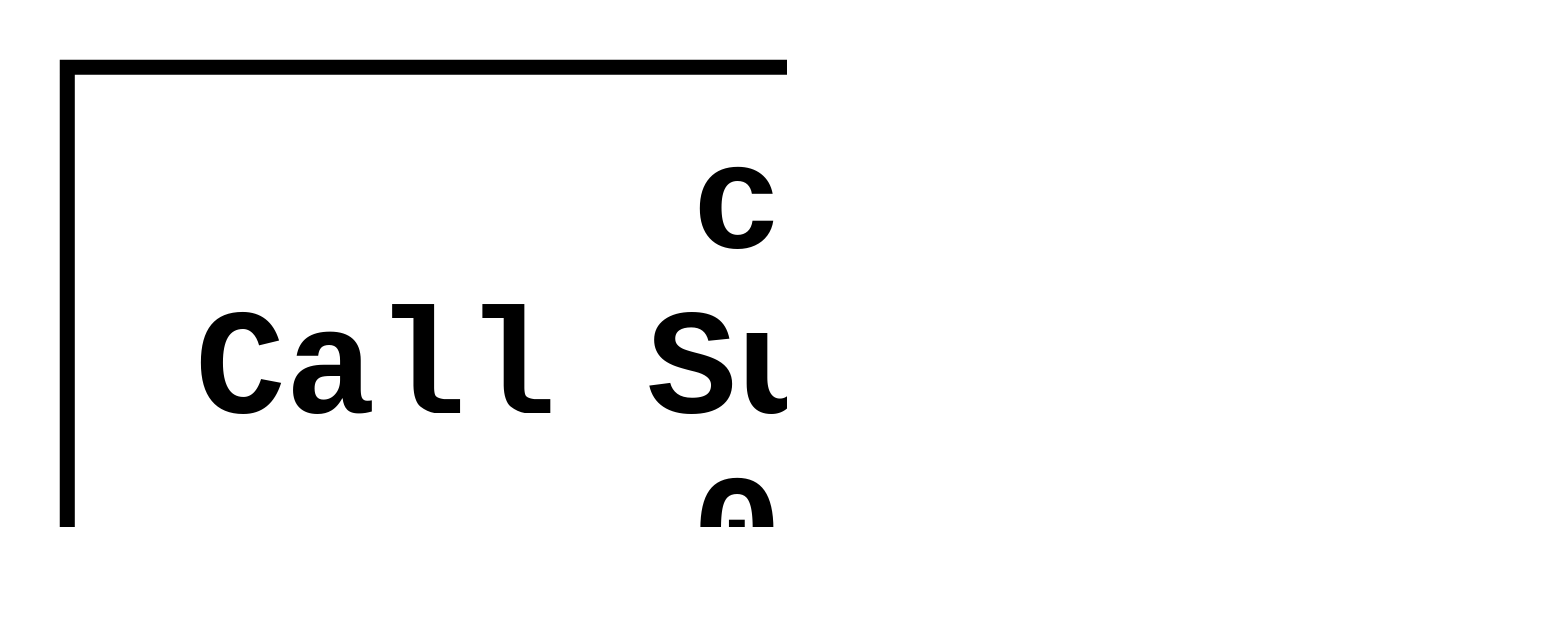
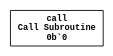
The diagram in assets/graphs/subr.dot (eignnx/SPRIND), drawn with Graphviz before and after one commit. The commit also changed 18 other files, not shown here.

```diff
--- a/assets/graphs/subr.dot
+++ b/assets/graphs/subr.dot
@@ -1,6 +1,6 @@
 digraph "Format subr" {
-  graph [dpi = 300, bgcolor="white"];
+  graph [bgcolor="white"];
   node [fontname = "Courier-Bold", fontsize="10pt"];
   edge [fontname = "Courier-Bold"];
   "call_16130939" [label = "call\nCall Subroutine\n0b`0", shape = rectangle];
 }
```
